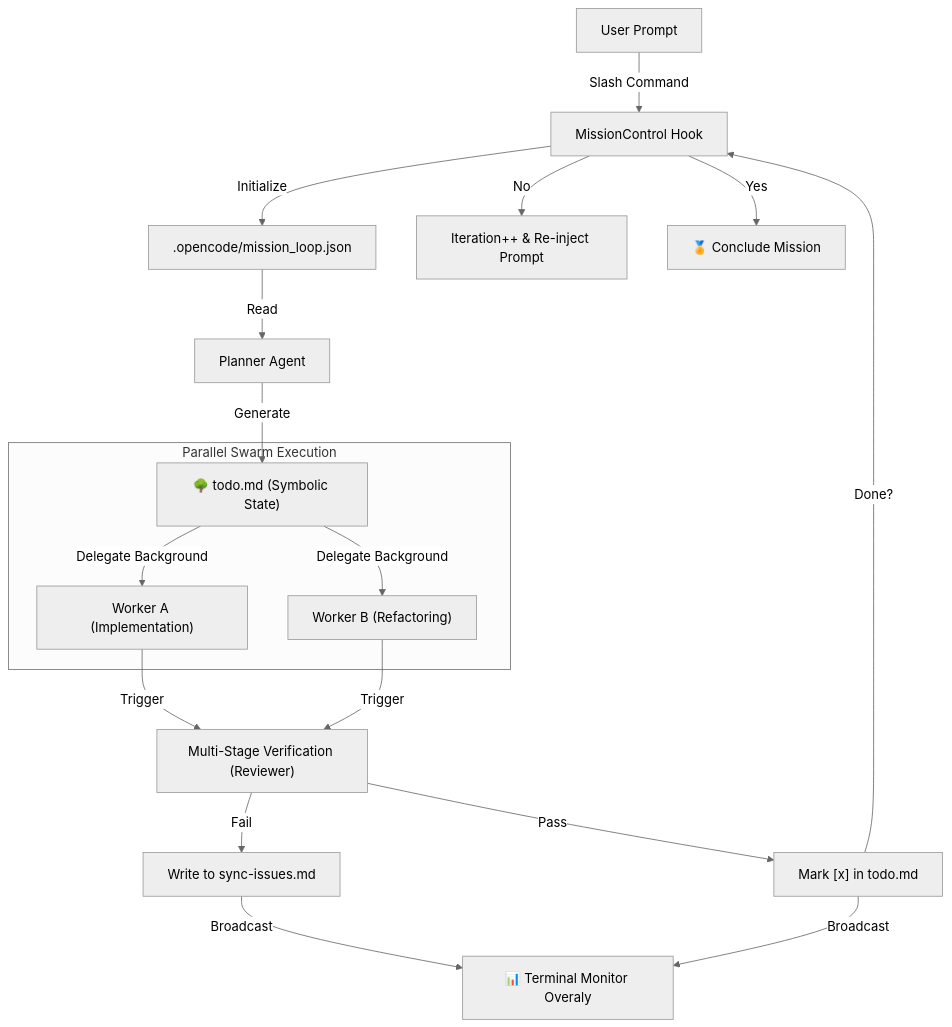
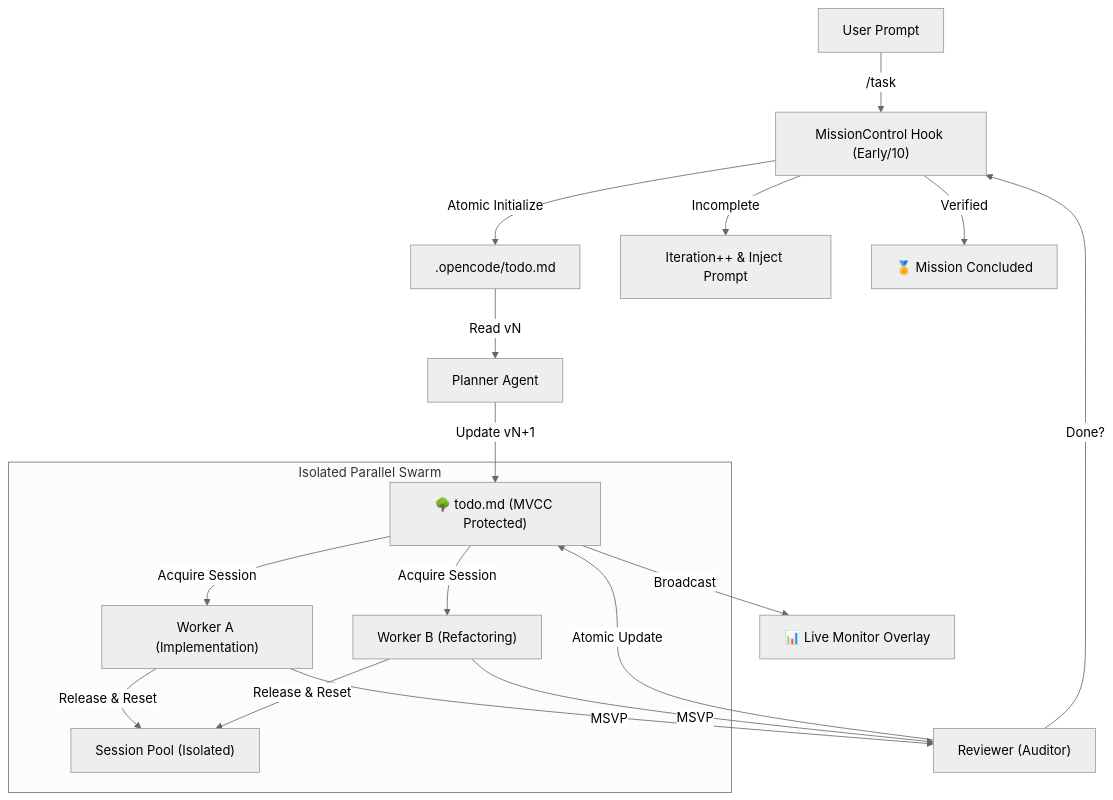
One commit to agnusdei1207/opencode-orchestrator changed the diagram in docs/SYSTEM_ARCHITECTURE.md. Above: the diagram before and after it, drawn with Mermaid (neutral theme). The commit also changed other lines of this file and 1 other file, not shown here.

Commit message:
docs: update system architecture and readme with v1.1 improvements

````diff
--- a/docs/SYSTEM_ARCHITECTURE.md
+++ b/docs/SYSTEM_ARCHITECTURE.md
@@ -82,29 +93,29 @@
 ```mermaid
 graph TD
     %% Entry Phase
-    User["User Prompt"] -->|Slash Command| MissionControl["MissionControl Hook"]
-    MissionControl -->|Initialize| Disk[".opencode/mission_loop.json"]
+    User["User Prompt"] -->|/task| MissionControl["MissionControl Hook (Early/10)"]
+    MissionControl -->|Atomic Initialize| Disk[".opencode/todo.md"]
     
     %% Planning Phase
-    Disk -->|Read| Planner["Planner Agent"]
-    Planner -->|Generate| Todo["🌳 todo.md (Symbolic State)"]
+    Disk -->|Read vN| Planner["Planner Agent"]
+    Planner -->|Update vN+1| Todo["🌳 todo.md (MVCC Protected)"]
     
     %% Execution Cycle
-    subgraph "Parallel Swarm Execution"
-        Todo -->|Delegate Background| Worker1["Worker A (Implementation)"]
-        Todo -->|Delegate Background| Worker2["Worker B (Refactoring)"]
+    subgraph "Isolated Parallel Swarm"
+        Todo -->|Acquire Session| W1["Worker A (Implementation)"]
+        Todo -->|Acquire Session| W2["Worker B (Refactoring)"]
+        W1 & W2 -->|Release & Reset| Pool["Session Pool (Isolated)"]
     end
     
     %% Verification Loop
-    Worker1 & Worker2 -->|Trigger| MSVP["Multi-Stage Verification (Reviewer)"]
-    MSVP -->|Pass| Success["Mark [x] in todo.md"]
-    MSVP -->|Fail| Log["Write to sync-issues.md"]
+    W1 & W2 -->|MSVP| Reviewer["Reviewer (Auditor)"]
+    Reviewer -->|Atomic Update| Todo
     
     %% Monitoring & UI
-    Log & Success -->|Broadcast| TUI["📊 Terminal Monitor Overaly"]
+    Todo -->|Broadcast| TUI["📊 Live Monitor Overlay"]
     
     %% Continuation
-    Success -->|Done?| MissionControl
-    MissionControl -->|No| NextLoop["Iteration++ & Re-inject Prompt"]
-    MissionControl -->|Yes| Conclude["🏅 Conclude Mission"]
+    Reviewer -->|Done?| MissionControl
+    MissionControl -->|Incomplete| NextLoop["Iteration++ & Inject Prompt"]
+    MissionControl -->|Verified| Conclude["🏅 Mission Concluded"]
 ```
````
